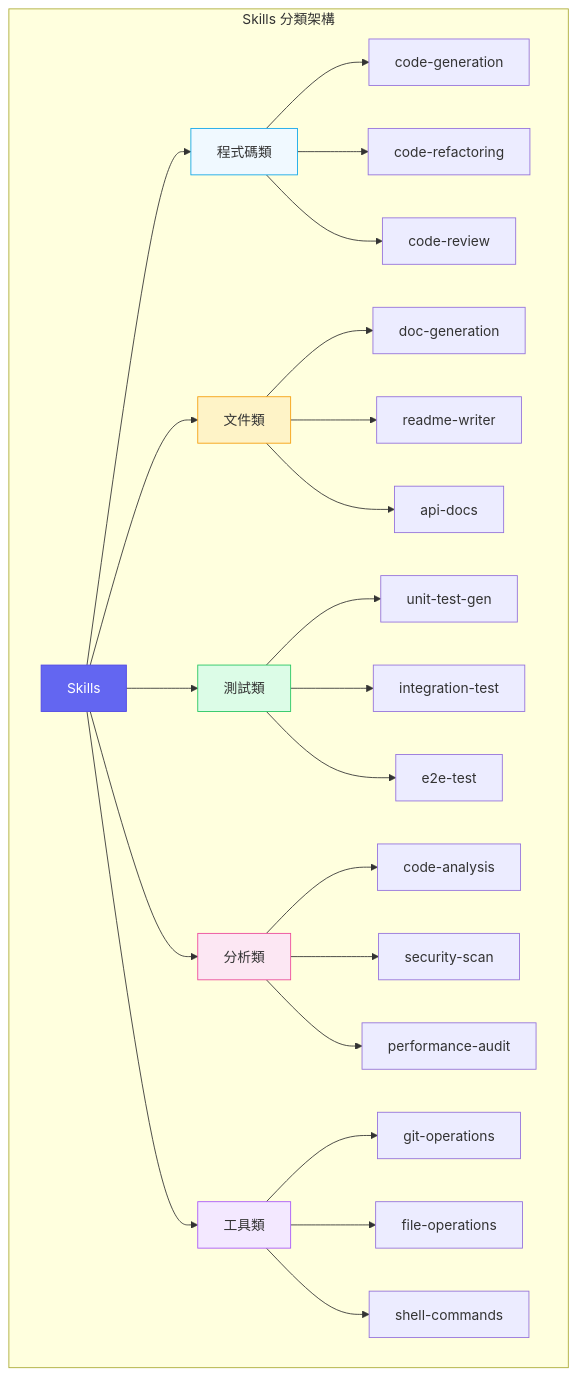
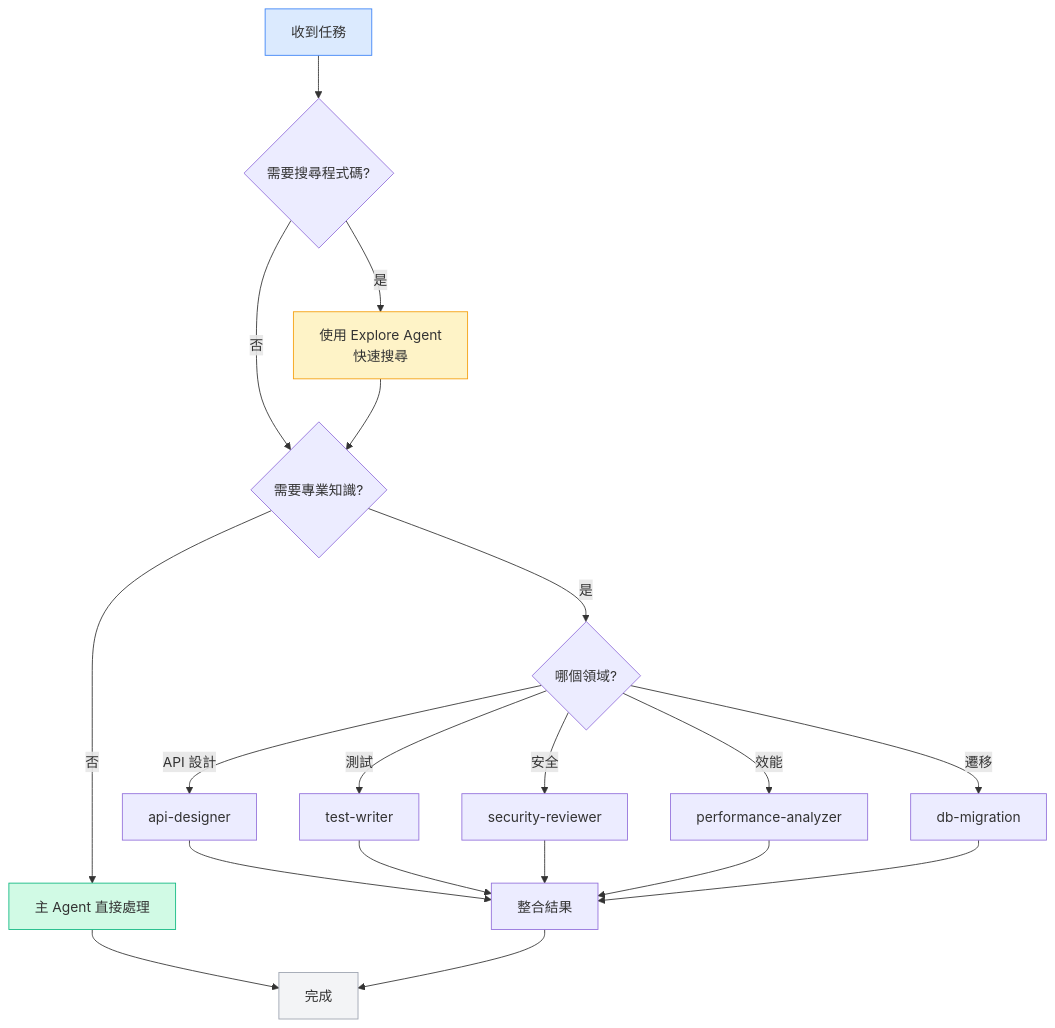
One commit to chihhung/Blog changed diagram 13 of 57 in content/posts/教學/AI開發/Claude Code生態圈教學手冊.md. Above: the diagram before and after it, drawn with Mermaid. The commit also changed other lines of this file and 3 other files, not shown here.

````diff
--- a/content/posts/教學/AI開發/Claude Code生態圈教學手冊.md
+++ b/content/posts/教學/AI開發/Claude Code生態圈教學手冊.md
@@ -1527,39 +1820,26 @@
 ```mermaid
-graph TB
-    subgraph "Skills 分類架構"
-        S[Skills]
-        
-        S --> C1[程式碼類]
-        S --> C2[文件類]
-        S --> C3[測試類]
-        S --> C4[分析類]
-        S --> C5[工具類]
-        
-        C1 --> S1[code-generation]
-        C1 --> S2[code-refactoring]
-        C1 --> S3[code-review]
-        
-        C2 --> S4[doc-generation]
-        C2 --> S5[readme-writer]
-        C2 --> S6[api-docs]
-        
-        C3 --> S7[unit-test-gen]
-        C3 --> S8[integration-test]
-        C3 --> S9[e2e-test]
-        
-        C4 --> S10[code-analysis]
-        C4 --> S11[security-scan]
-        C4 --> S12[performance-audit]
-        
-        C5 --> S13[git-operations]
-        C5 --> S14[file-operations]
-        C5 --> S15[shell-commands]
-    end
+flowchart TB
+    START[收到任務] --> Q1{需要搜尋程式碼?}
+    Q1 -->|是| EXPLORE[使用 Explore Agent<br>快速搜尋]
+    Q1 -->|否| Q2{需要專業知識?}
+    EXPLORE --> Q2
+    Q2 -->|是| Q3{哪個領域?}
+    Q2 -->|否| MAIN[主 Agent 直接處理]
+    Q3 -->|API 設計| API[api-designer]
+    Q3 -->|測試| TEST[test-writer]
+    Q3 -->|安全| SEC[security-reviewer]
+    Q3 -->|效能| PERF[performance-analyzer]
+    Q3 -->|遷移| DB[db-migration]
+    API --> INTEGRATE[整合結果]
+    TEST --> INTEGRATE
+    SEC --> INTEGRATE
+    PERF --> INTEGRATE
+    DB --> INTEGRATE
+    MAIN --> DONE[完成]
+    INTEGRATE --> DONE
     
-    style S fill:#6366f1,stroke:#4f46e5,color:#fff
-    style C1 fill:#f0f9ff,stroke:#0ea5e9
-    style C2 fill:#fef3c7,stroke:#f59e0b
-    style C3 fill:#dcfce7,stroke:#22c55e
-    style C4 fill:#fce7f3,stroke:#ec4899
-    style C5 fill:#f3e8ff,stroke:#a855f7
+    style START fill:#dbeafe,stroke:#3b82f6
+    style EXPLORE fill:#fef3c7,stroke:#f59e0b
+    style MAIN fill:#d1fae5,stroke:#10b981
+    style DONE fill:#f3f4f6,stroke:#9ca3af
 ```
````
